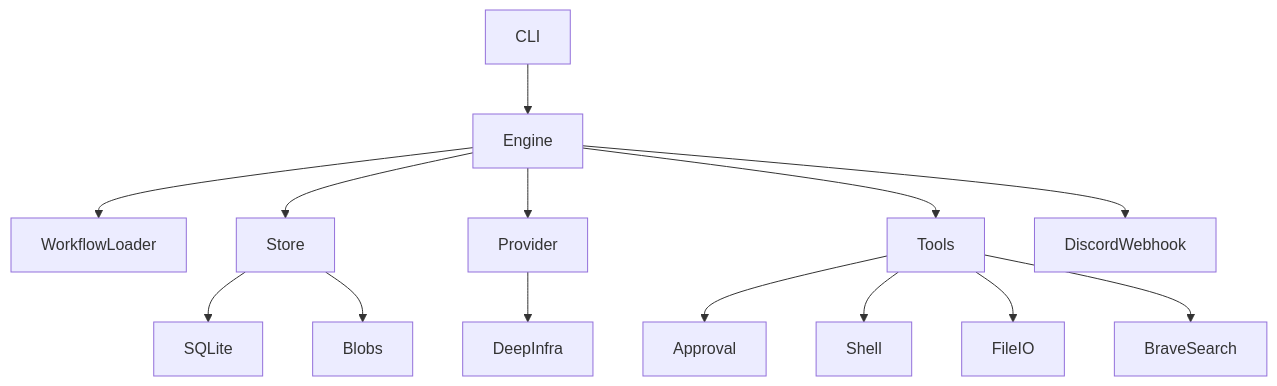
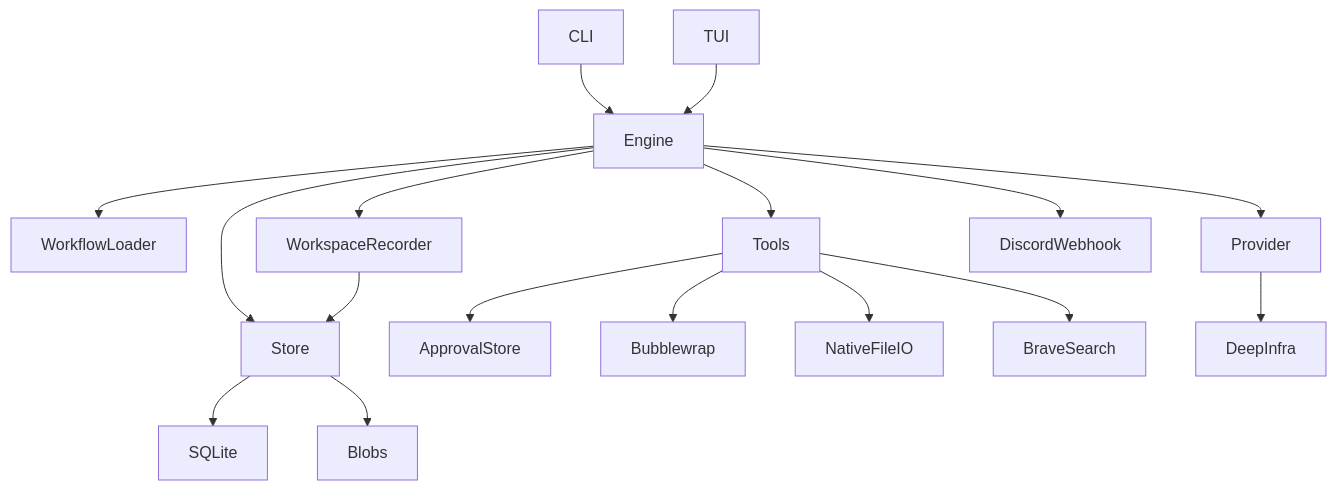
One commit to AlexAuragan/Greenlight changed the diagram in docs/04-architecture.md. Above: the diagram before and after it, drawn with Mermaid. The commit also changed other lines of this file and 14 other files, not shown here.

Commit message:
docs: synchronize Greenlight contracts, roadmap and design decisions

````diff
--- a/docs/04-architecture.md
+++ b/docs/04-architecture.md
@@ -3,16 +3,19 @@
 ```mermaid
 flowchart TD
   CLI --> Engine
+  TUI --> Engine
   Engine --> WorkflowLoader
   Engine --> Store
   Engine --> Provider
   Engine --> Tools
-  Tools --> Approval
-  Tools --> Shell
-  Tools --> FileIO
+  Engine --> WorkspaceRecorder
+  Tools --> ApprovalStore
+  Tools --> Bubblewrap
+  Tools --> NativeFileIO
   Tools --> BraveSearch
   Engine --> DiscordWebhook
   Store --> SQLite
   Store --> Blobs
+  WorkspaceRecorder --> Store
   Provider --> DeepInfra
 ```
````
